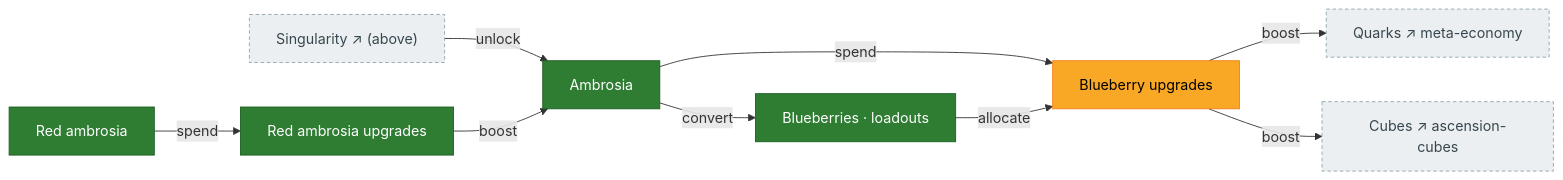
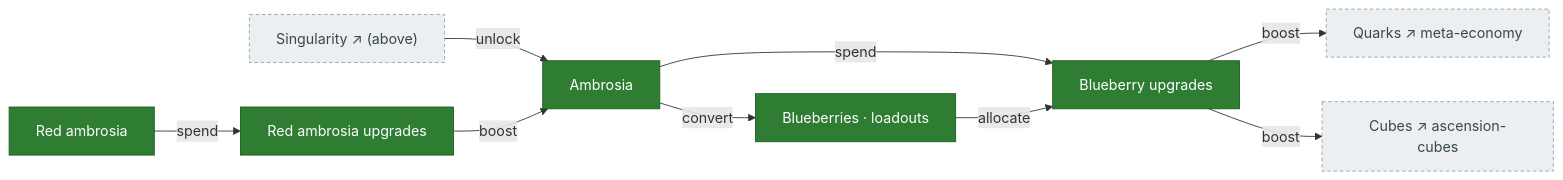
The second of 2 diagrams in docs/systems/singularity-ambrosia.md (MaddisonM79/synergism_forkd), drawn with Mermaid before and after one commit. The commit also changed other lines of this file and 4 other files, not shown here.

````diff
--- a/docs/systems/singularity-ambrosia.md
+++ b/docs/systems/singularity-ambrosia.md
@@ -48,25 +53,25 @@
 ```mermaid
 flowchart LR
   classDef ported fill:#2e7d32,color:#fff,stroke:#1b5e20;
   classDef partial fill:#f9a825,color:#000,stroke:#f57f17;
   classDef ext fill:#eceff1,color:#37474f,stroke:#90a4ae,stroke-dasharray:4 3;
 
   ambrosia["Ambrosia"]:::ported
   blueberries["Blueberries · loadouts"]:::ported
-  blueberryUpg["Blueberry upgrades"]:::partial
+  blueberryUpg["Blueberry upgrades"]:::ported
   redAmbrosia["Red ambrosia"]:::ported
   redAmbUpg["Red ambrosia upgrades"]:::ported
 
   sing["Singularity ↗ (above)"]:::ext
   quarks["Quarks ↗ meta-economy"]:::ext
   cubes["Cubes ↗ ascension-cubes"]:::ext
 
   sing -->|"unlock"| ambrosia
   ambrosia -->|"convert"| blueberries
   ambrosia -->|"spend"| blueberryUpg
   blueberries -->|"allocate"| blueberryUpg
   blueberryUpg -->|"boost"| quarks
   blueberryUpg -->|"boost"| cubes
   redAmbrosia -->|"spend"| redAmbUpg
   redAmbUpg -->|"boost"| ambrosia
 ```
````
